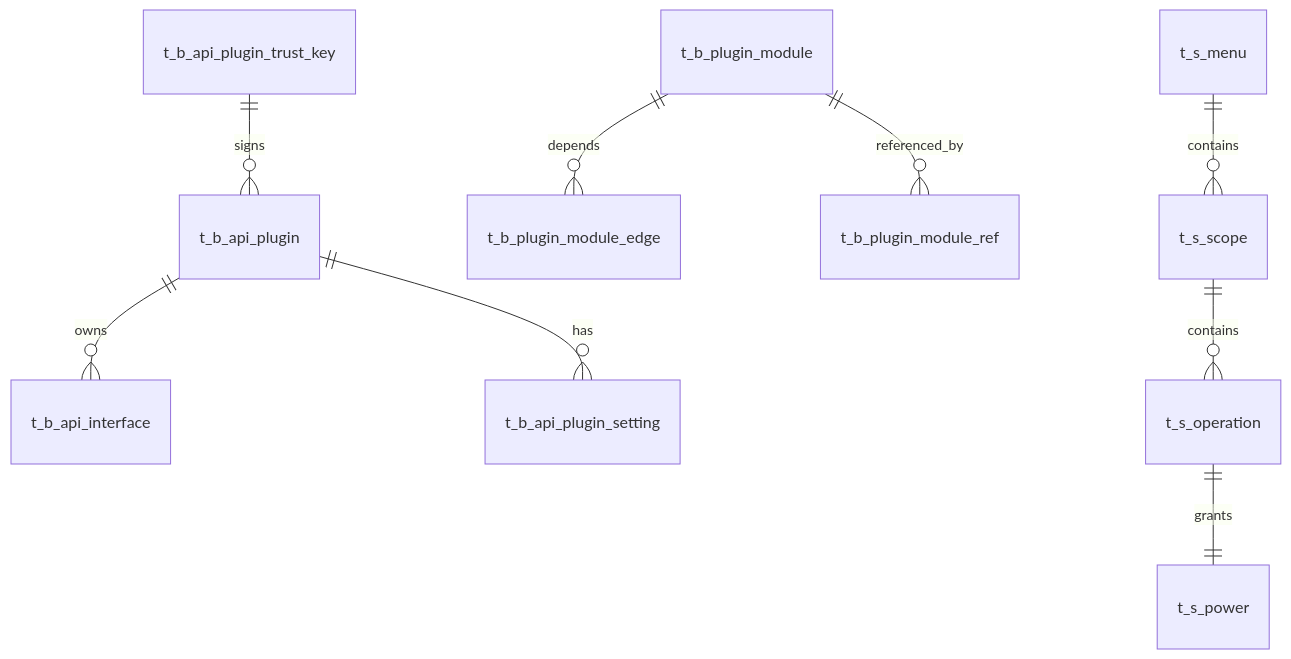
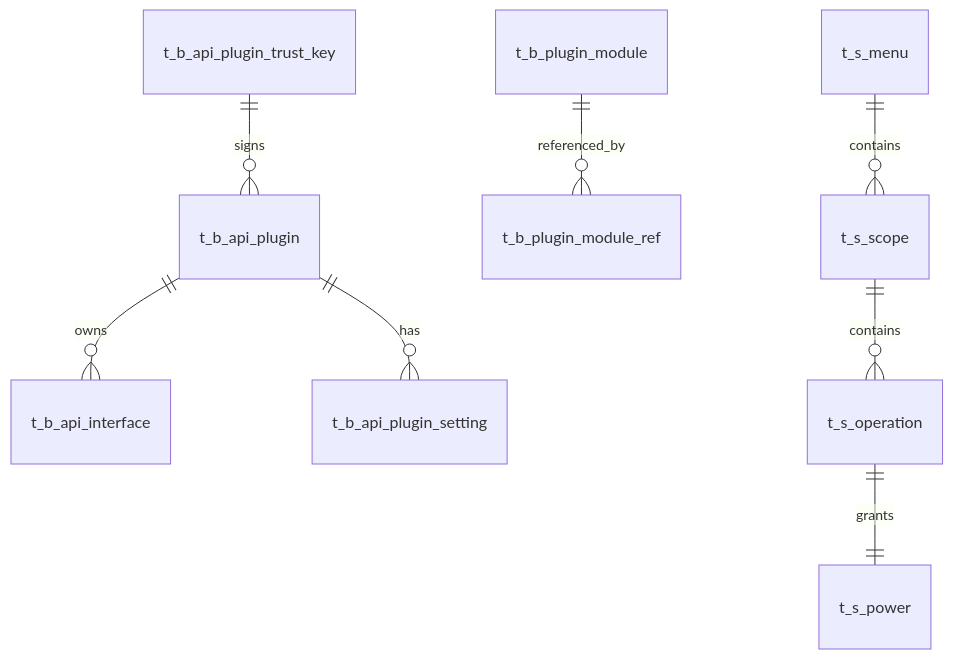
One commit to FatttSnake/api-management changed the eighth of 8 diagrams in docs/plugin-platform_zh.md. Above: the diagram before and after it, drawn with Mermaid. The commit also changed other lines of this file and 39 other files, not shown here.

````diff
--- a/docs/plugin-platform_zh.md
+++ b/docs/plugin-platform_zh.md
@@ -519,11 +516,10 @@
 ```mermaid
 erDiagram
     t_b_api_plugin ||--o{ t_b_api_interface : owns
     t_b_api_plugin ||--o{ t_b_api_plugin_setting : has
     t_b_api_plugin_trust_key ||--o{ t_b_api_plugin : signs
-    t_b_plugin_module ||--o{ t_b_plugin_module_edge : depends
     t_b_plugin_module ||--o{ t_b_plugin_module_ref : referenced_by
     t_s_menu ||--o{ t_s_scope : contains
     t_s_scope ||--o{ t_s_operation : contains
     t_s_operation ||--|| t_s_power : grants
 ```
````
